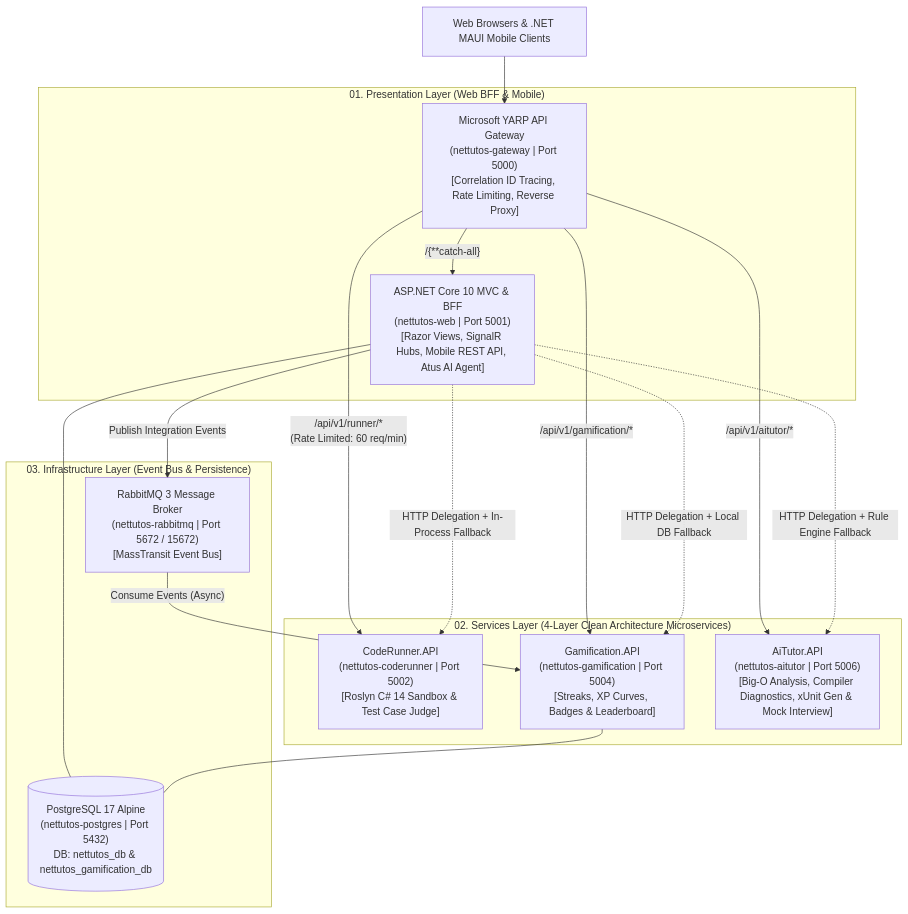
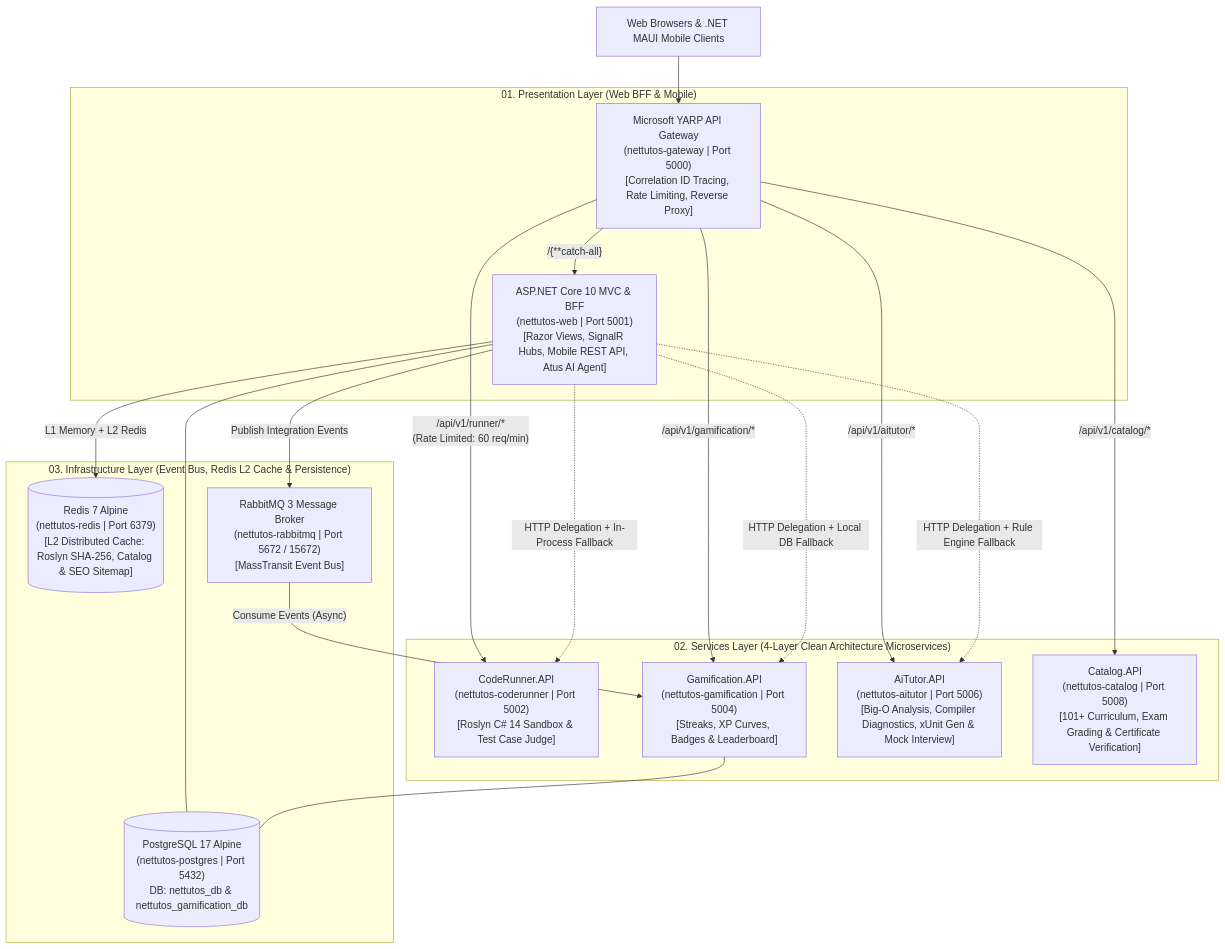
The diagram in README.md (KaitoDeus/NET-Tutos), drawn with Mermaid before and after one commit. The commit also changed other lines of this file and 2 other files, not shown here.

Commit message:
docs(sync): synchronize all architecture docs and README with Phase 6-9 completion, 9 Docker containers, and 151/151 tests

````diff
--- a/README.md
+++ b/README.md
@@ -47,28 +48,31 @@
 ```mermaid
 flowchart TD
     Clients["Web Browsers & .NET MAUI Mobile Clients"] --> YARP["Microsoft YARP API Gateway\n(nettutos-gateway | Port 5000)\n[Correlation ID Tracing, Rate Limiting, Reverse Proxy]"]
 
     subgraph Presentation_Layer["01. Presentation Layer (Web BFF & Mobile)"]
         YARP -- "/{**catch-all}" --> WebBFF["ASP.NET Core 10 MVC & BFF\n(nettutos-web | Port 5001)\n[Razor Views, SignalR Hubs, Mobile REST API, Atus AI Agent]"]
     end
 
     subgraph Services_Layer["02. Services Layer (4-Layer Clean Architecture Microservices)"]
         YARP -- "/api/v1/runner/*\n(Rate Limited: 60 req/min)" --> CodeRunner["CodeRunner.API\n(nettutos-coderunner | Port 5002)\n[Roslyn C# 14 Sandbox & Test Case Judge]"]
         YARP -- "/api/v1/gamification/*" --> Gamification["Gamification.API\n(nettutos-gamification | Port 5004)\n[Streaks, XP Curves, Badges & Leaderboard]"]
         YARP -- "/api/v1/aitutor/*" --> AiTutor["AiTutor.API\n(nettutos-aitutor | Port 5006)\n[Big-O Analysis, Compiler Diagnostics, xUnit Gen & Mock Interview]"]
+        YARP -- "/api/v1/catalog/*" --> Catalog["Catalog.API\n(nettutos-catalog | Port 5008)\n[101+ Curriculum, Exam Grading & Certificate Verification]"]
 
         WebBFF -. "HTTP Delegation + In-Process Fallback" .-> CodeRunner
         WebBFF -. "HTTP Delegation + Local DB Fallback" .-> Gamification
         WebBFF -. "HTTP Delegation + Rule Engine Fallback" .-> AiTutor
     end
 
-    subgraph Infrastructure_Layer["03. Infrastructure Layer (Event Bus & Persistence)"]
+    subgraph Infrastructure_Layer["03. Infrastructure Layer (Event Bus, Redis L2 Cache & Persistence)"]
+        RedisCache[("Redis 7 Alpine\n(nettutos-redis | Port 6379)\n[L2 Distributed Cache: Roslyn SHA-256, Catalog & SEO Sitemap]")]
         RabbitMQ["RabbitMQ 3 Message Broker\n(nettutos-rabbitmq | Port 5672 / 15672)\n[MassTransit Event Bus]"]
         PostgresMain[("PostgreSQL 17 Alpine\n(nettutos-postgres | Port 5432)\nDB: nettutos_db & nettutos_gamification_db")]
 
+        WebBFF -- "L1 Memory + L2 Redis" --> RedisCache
         WebBFF -- "Publish Integration Events" --> RabbitMQ
         RabbitMQ -- "Consume Events (Async)" --> Gamification
         WebBFF --- PostgresMain
         Gamification --- PostgresMain
     end
 ```
````
